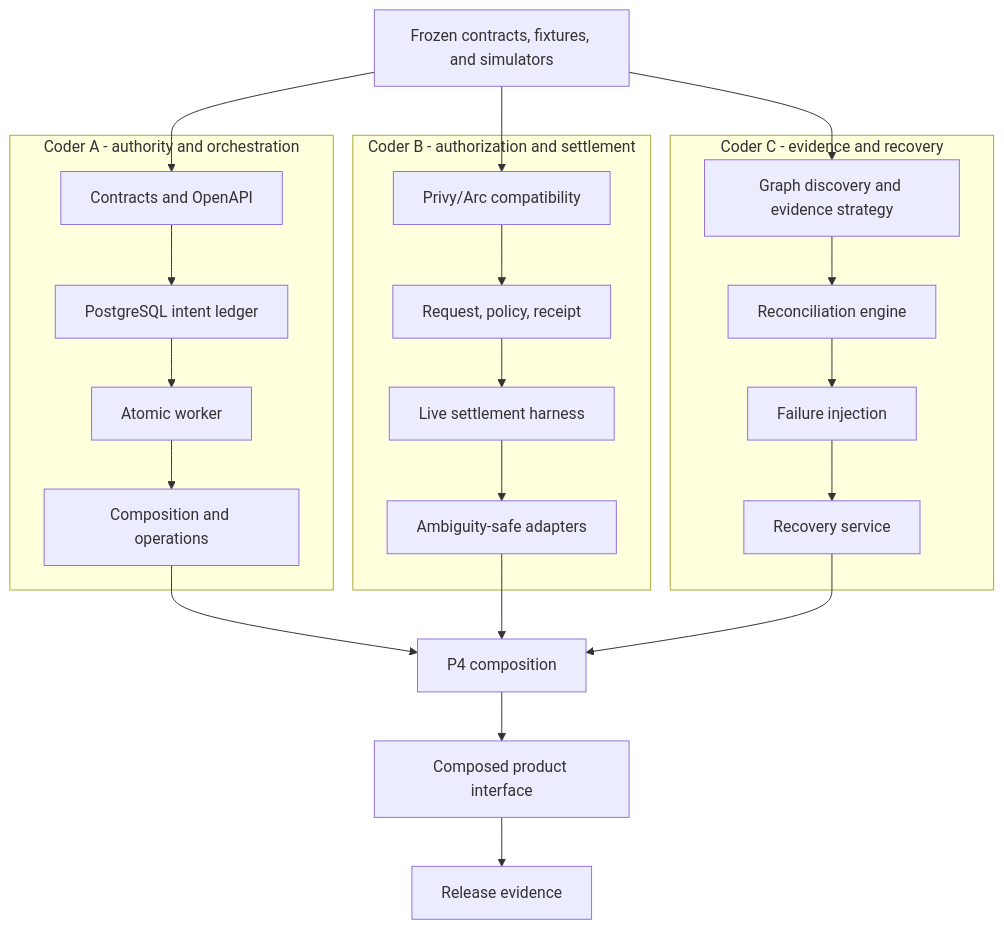
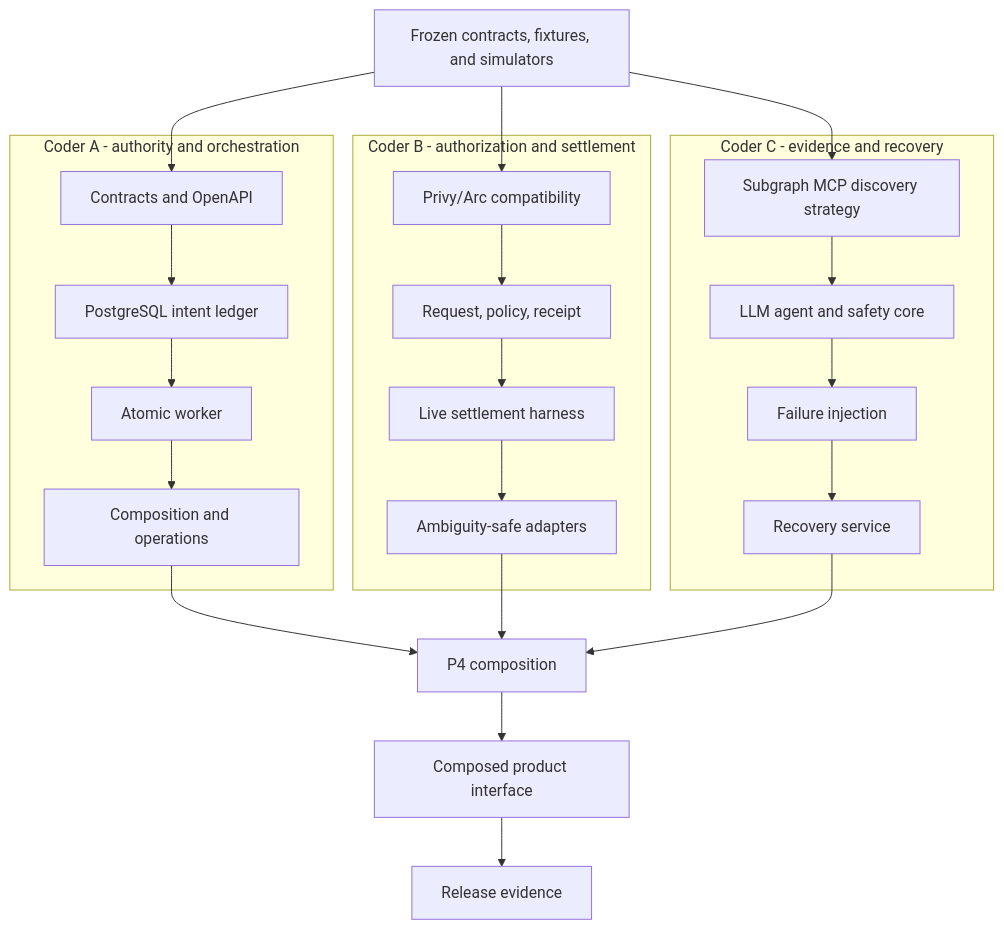
Before and after one commit to SWOFART/OneShot: the seventh of 7 diagrams in docs/DOMAIN_ARCHITECTURE.md, drawn with Mermaid. The commit also changed other lines of this file and 15 other files, not shown here.

Commit message:
docs(plan): clarify Subgraph MCP recovery flow

````diff
--- a/docs/DOMAIN_ARCHITECTURE.md
+++ b/docs/DOMAIN_ARCHITECTURE.md
@@ -237,37 +253,37 @@
 ```mermaid
 flowchart TB
     Contracts[Frozen contracts, fixtures, and simulators]
 
     subgraph A[Coder A - authority and orchestration]
       A1[Contracts and OpenAPI]
       A2[PostgreSQL intent ledger]
       A3[Atomic worker]
       A4[Composition and operations]
       A1 --> A2 --> A3 --> A4
     end
 
     subgraph B[Coder B - authorization and settlement]
       B1[Privy/Arc compatibility]
       B2[Request, policy, receipt]
       B3[Live settlement harness]
       B4[Ambiguity-safe adapters]
       B1 --> B2 --> B3 --> B4
     end
 
     subgraph C[Coder C - evidence and recovery]
-      C1[Graph discovery and evidence strategy]
-      C2[Reconciliation engine]
+      C1[Subgraph MCP discovery strategy]
+      C2[LLM agent and safety core]
       C3[Failure injection]
       C4[Recovery service]
       C1 --> C2 --> C3 --> C4
     end
 
     Contracts --> A1
     Contracts --> B1
     Contracts --> C1
     A4 --> P4[P4 composition]
     B4 --> P4
     C4 --> P4
     P4 --> UI[Composed product interface]
     UI --> Release[Release evidence]
 ```
````
